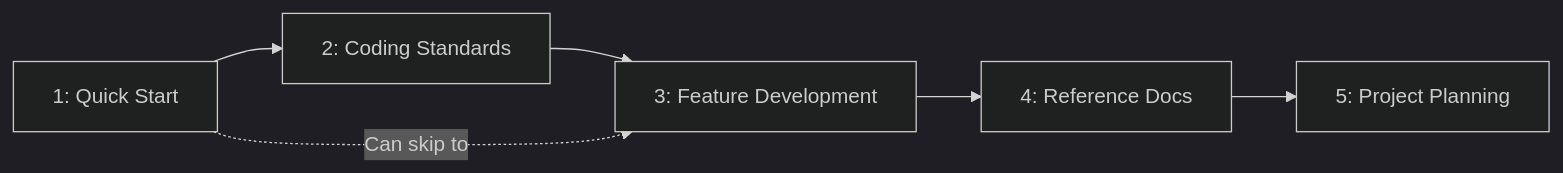
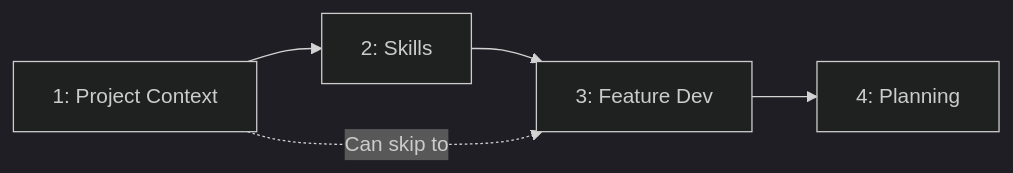
The diagram in content/modules/README.md (SergiuSavva/ai-context-docs-lifecycle), drawn with Mermaid (dark theme) before and after one commit. The commit also changed other lines of this file and 86 other files, not shown here.

````diff
--- a/content/modules/README.md
+++ b/content/modules/README.md
@@ -23,9 +22,8 @@
 ```mermaid
 graph LR
-    M1[1: Quick Start] --> M2[2: Coding Standards]
-    M2 --> M3[3: Feature Development]
-    M3 --> M4[4: Reference Docs]
-    M4 --> M5[5: Project Planning]
-    
-    M1 -.->|Can skip to| M3
+    M1["1: Project Context"] --> M2["2: Skills"]
+    M2 --> M3["3: Feature Dev"]
+    M3 --> M4["4: Planning"]
+
+    M1 -.->|"Can skip to"| M3
 ```
````
